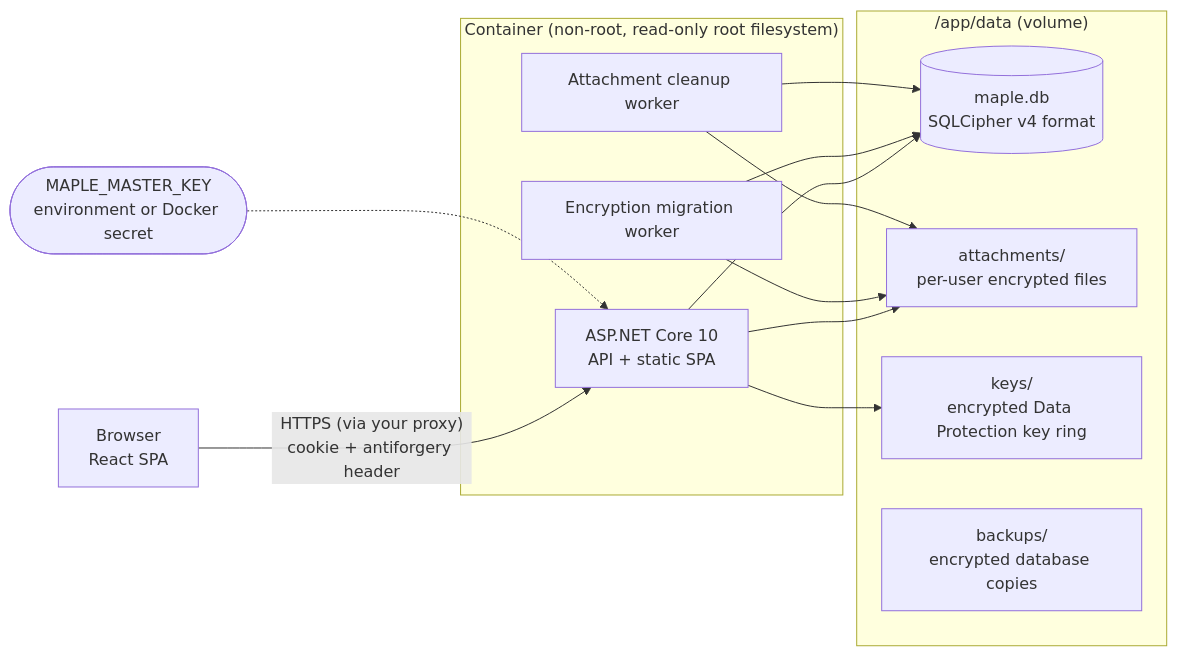
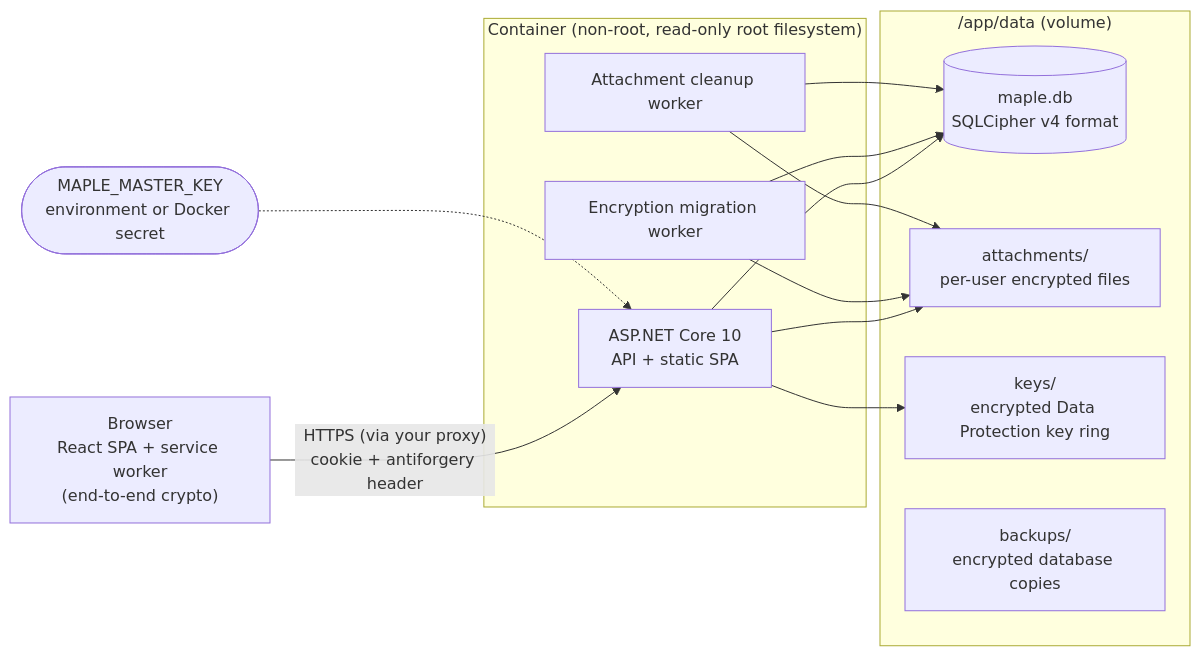
Before and after one commit to supunsarachitha/MapleNotes: the first of 3 diagrams in docs/architecture.md, drawn with Mermaid. The commit also changed other lines of this file and 13 other files, not shown here.

````diff
--- a/docs/architecture.md
+++ b/docs/architecture.md
@@ -13,19 +15,19 @@
 ```mermaid
 flowchart LR
-    browser["Browser<br/>React SPA"] -- "HTTPS (via your proxy)<br/>cookie + antiforgery header" --> server
+    browser["Browser<br/>React SPA + service worker<br/>(end-to-end crypto)"] -- "HTTPS (via your proxy)<br/>cookie + antiforgery header" --> server
     subgraph container["Container (non-root, read-only root filesystem)"]
         server["ASP.NET Core 10<br/>API + static SPA"]
         worker1["Encryption migration worker"]
         worker2["Attachment cleanup worker"]
     end
     subgraph data["/app/data (volume)"]
         db[("maple.db<br/>SQLCipher v4 format")]
         files["attachments/<br/>per-user encrypted files"]
         keys["keys/<br/>encrypted Data Protection key ring"]
         backups["backups/<br/>encrypted database copies"]
     end
     server --> db & files & keys
     worker1 --> db & files
     worker2 --> db & files
     master(["MAPLE_MASTER_KEY<br/>environment or Docker secret"]) -.-> server
 ```
````
